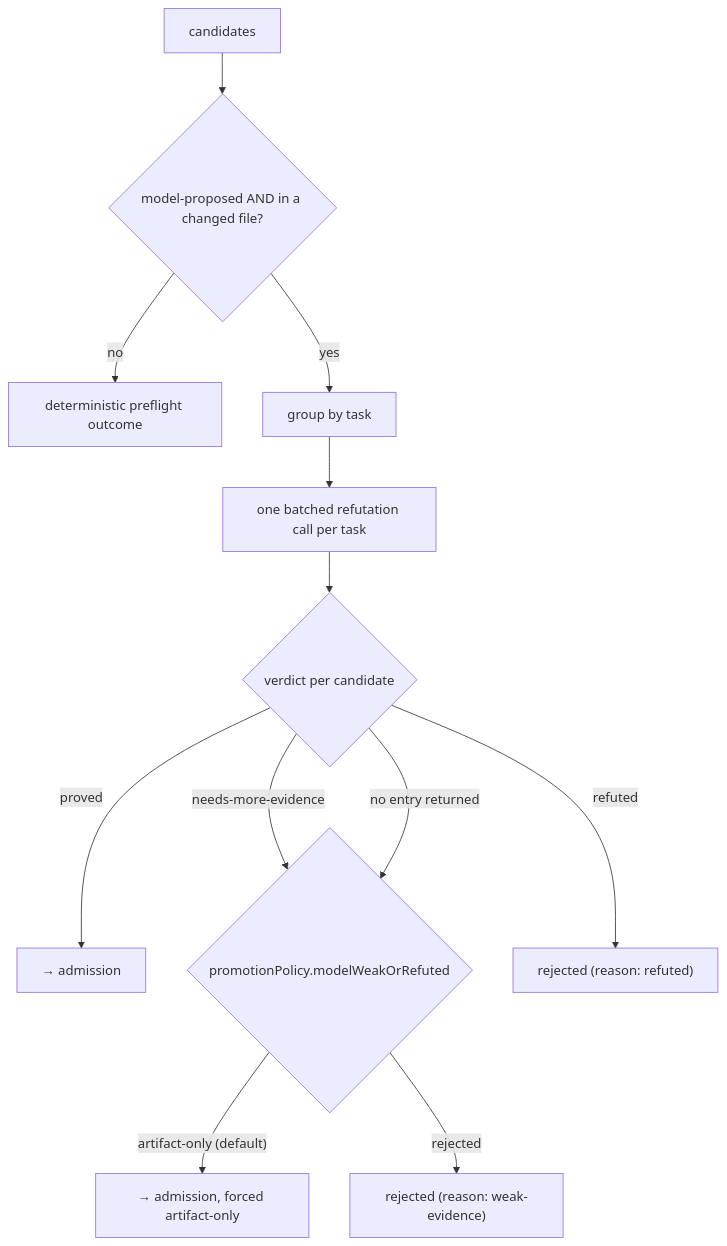
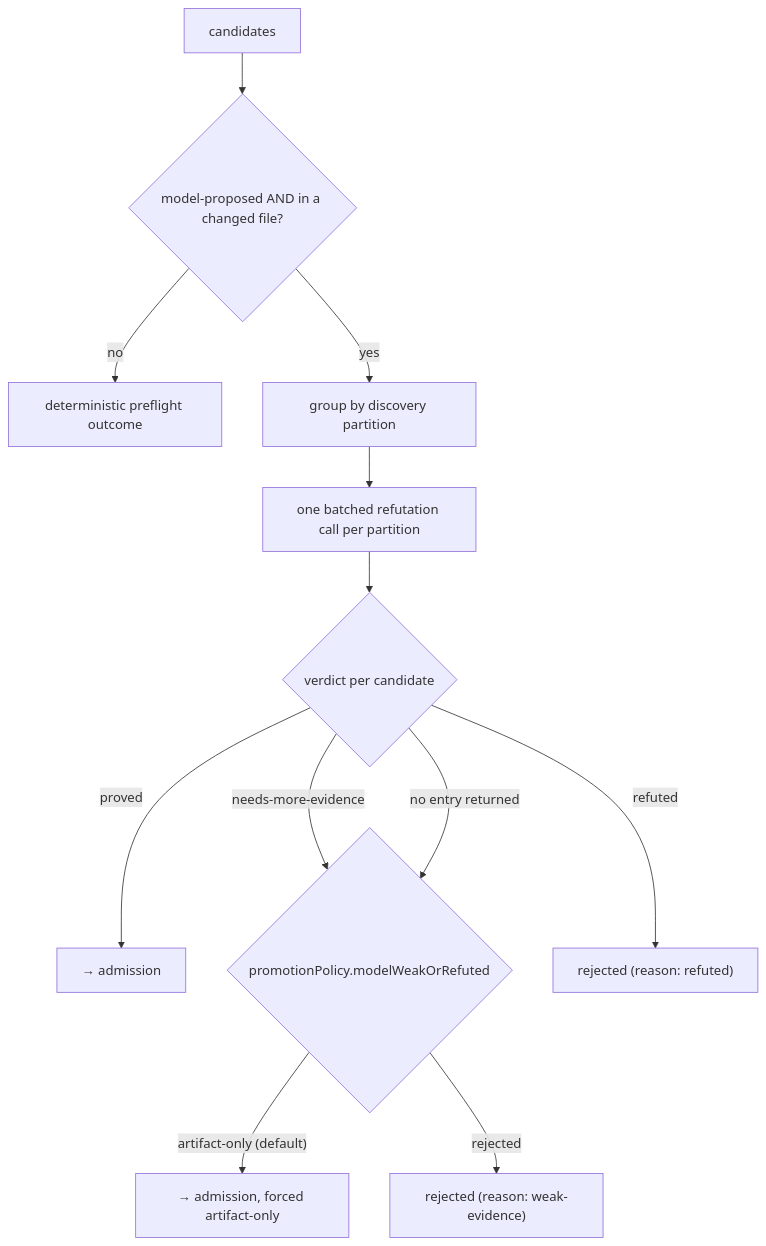
The diagram in docs/03-concepts/pipeline/05-refutation.md (sebastianwessel/codereviewer), drawn with Mermaid before and after one commit. The commit also changed other lines of this file and 43 other files, not shown here.

````diff
--- a/docs/03-concepts/pipeline/05-refutation.md
+++ b/docs/03-concepts/pipeline/05-refutation.md
@@ -67,14 +68,14 @@
 ```mermaid
 flowchart TD
   C["candidates"] --> F{"model-proposed AND in a changed file?"}
   F -- no --> P["deterministic preflight outcome"]
-  F -- yes --> G["group by task"]
-  G --> B["one batched refutation call per task"]
+  F -- yes --> G["group by discovery partition"]
+  G --> B["one batched refutation call per partition"]
   B --> V{"verdict per candidate"}
   V -- "proved" --> A["→ admission"]
   V -- "needs-more-evidence" --> N{"promotionPolicy.modelWeakOrRefuted"}
   V -- "refuted" --> R["rejected (reason: refuted)"]
   V -- "no entry returned" --> N
   N -- "artifact-only (default)" --> AO["→ admission, forced artifact-only"]
   N -- "rejected" --> WR["rejected (reason: weak-evidence)"]
 ```
````
